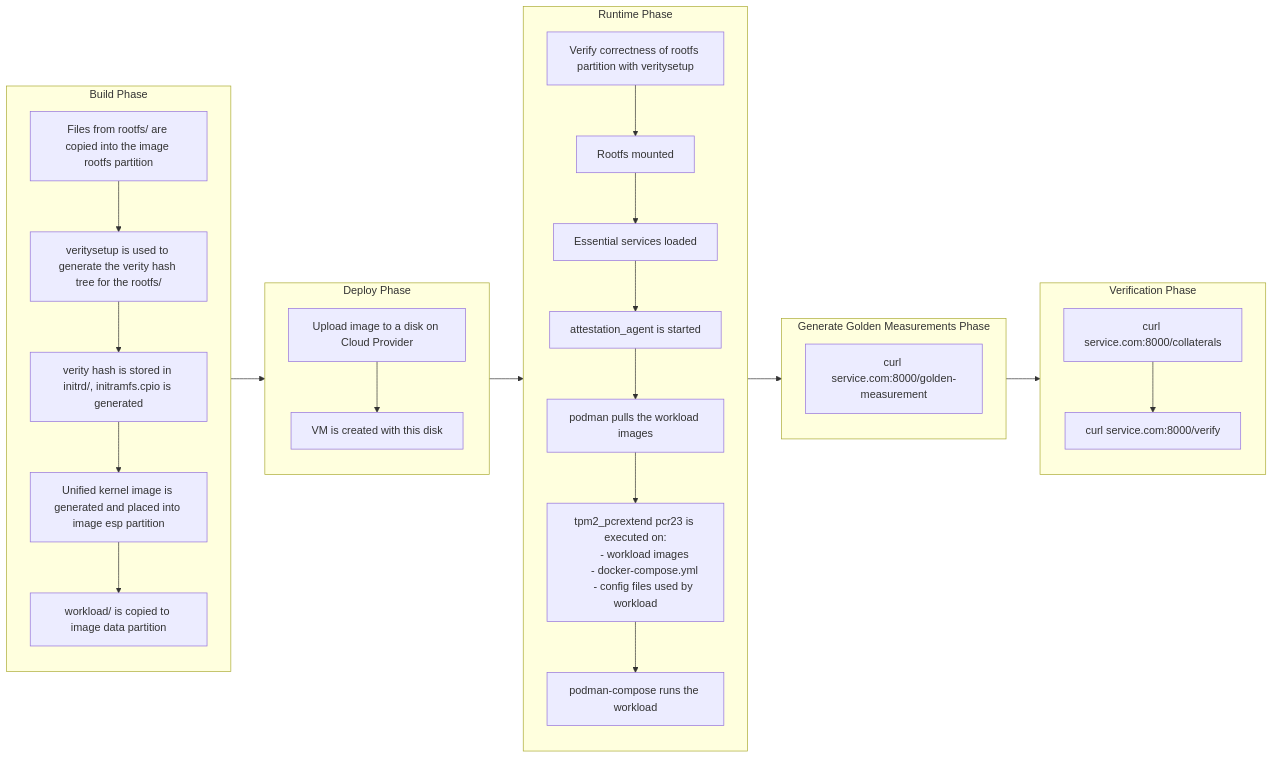
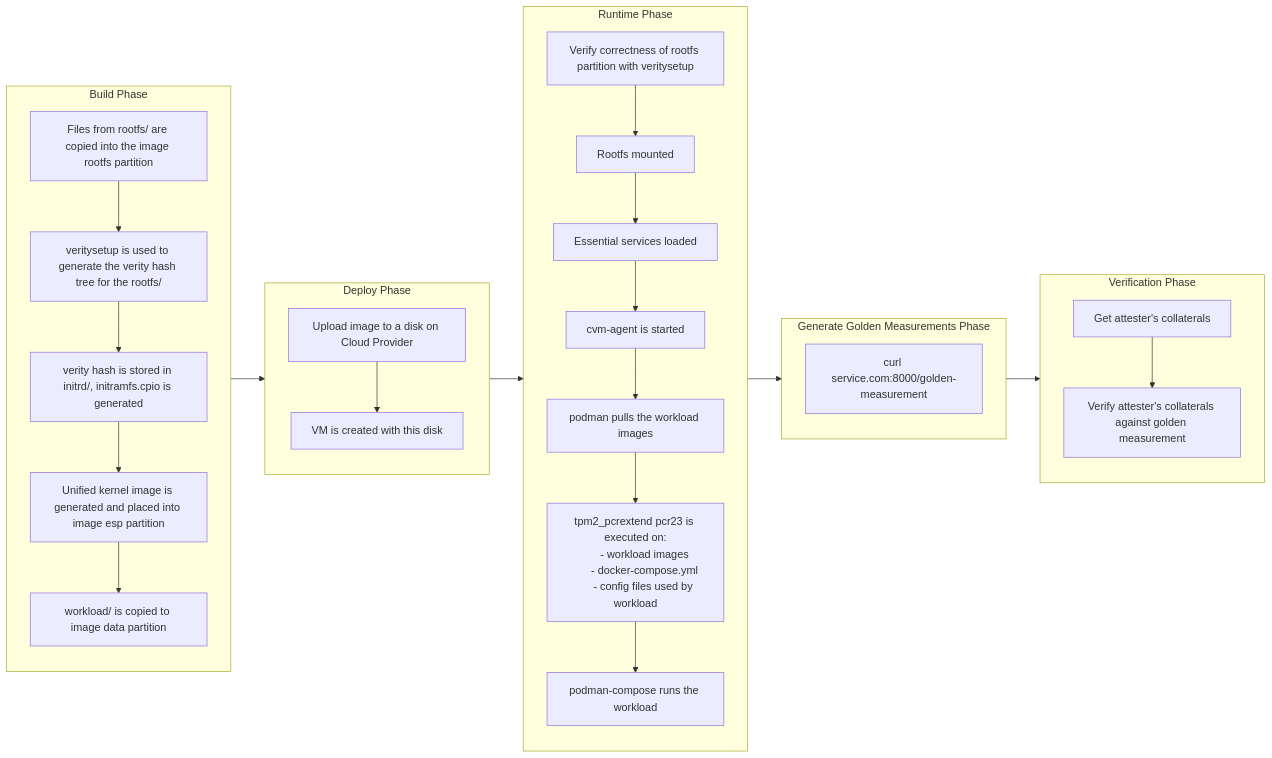
Before and after one commit to nuconstruct-ltd/automata-linux: the diagram in README.md, drawn with Mermaid. The commit also changed other lines of this file and 2 other files, not shown here.

````diff
--- a/README.md
+++ b/README.md
@@ -290,52 +355,52 @@
 ```mermaid
 flowchart LR
   subgraph BuildPhase [Build Phase]
     direction TB
     A1[Files from rootfs/ are copied into the image rootfs partition]
     A2[veritysetup is used to generate the verity hash tree for the rootfs/]
     A3[verity hash is stored in initrd/, initramfs.cpio is generated]
     A4[Unified kernel image is generated and placed into image esp partition]
     A5[workload/ is copied to image data partition]
 
     A1 --> A2 --> A3 --> A4 --> A5
   end
 
   subgraph DeployPhase [Deploy Phase]
     direction TB
     C1[Upload image to a disk on Cloud Provider]
     C2[VM is created with this disk]
 
     C1 --> C2
   end
 
   subgraph RuntimePhase [Runtime Phase]
     direction TB
     B1[Verify correctness of rootfs partition with veritysetup]
     B2[Rootfs mounted]
     B3[Essential services loaded]
-    B4[attestation_agent is started]
+    B4[cvm-agent is started]
     B5[podman pulls the workload images]
     B6[tpm2_pcrextend pcr23 is executed on:
       - workload images
       - docker-compose.yml
       - config files used by workload]
     B7[podman-compose runs the workload]
 
     B1 --> B2 --> B3 --> B4 --> B5 --> B6 --> B7
   end
 
   subgraph GoldenMeasurementPhase [Generate Golden Measurements Phase]
     direction TB
     E1[curl service.com:8000/golden-measurement]
   end
 
   subgraph VerificationPhase [Verification Phase]
     direction TB
-    D1[curl service.com:8000/collaterals]
-    D2[curl service.com:8000/verify]
+    D1[Get attester's collaterals]
+    D2[Verify attester's collaterals against golden measurement]
 
     D1 --> D2
   end
 
   BuildPhase --> DeployPhase --> RuntimePhase --> GoldenMeasurementPhase --> VerificationPhase
 ```
````
